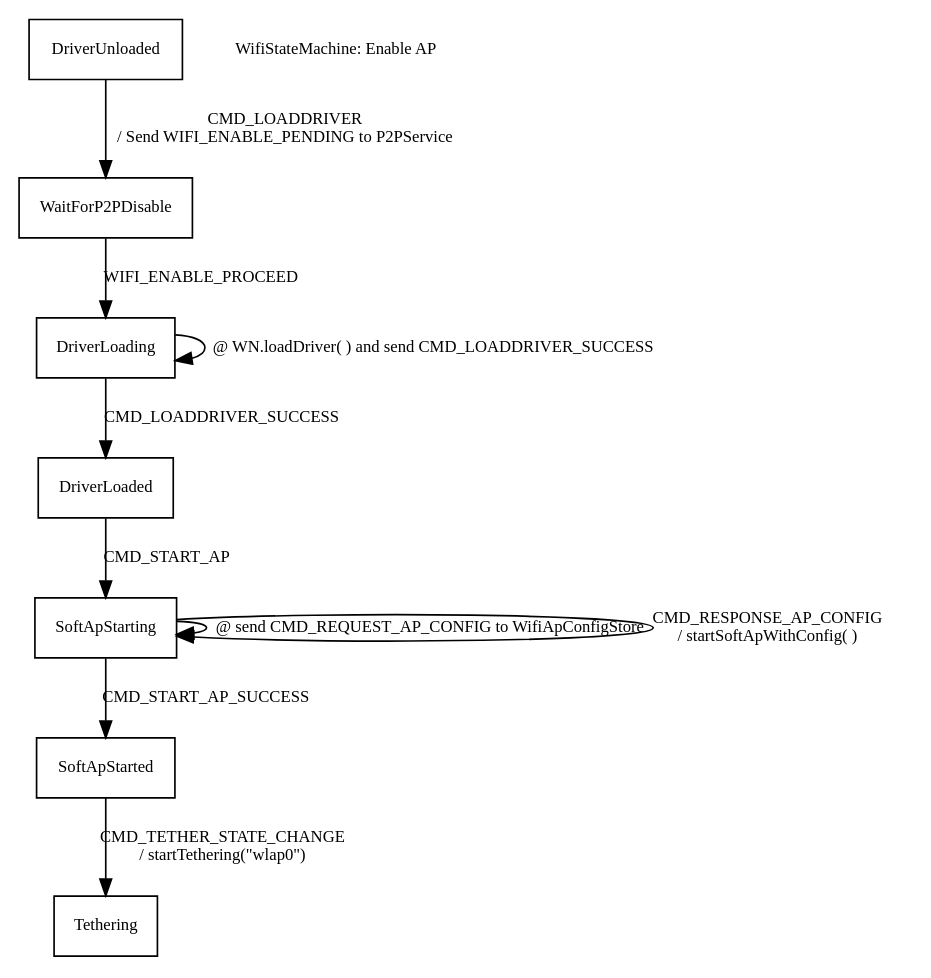
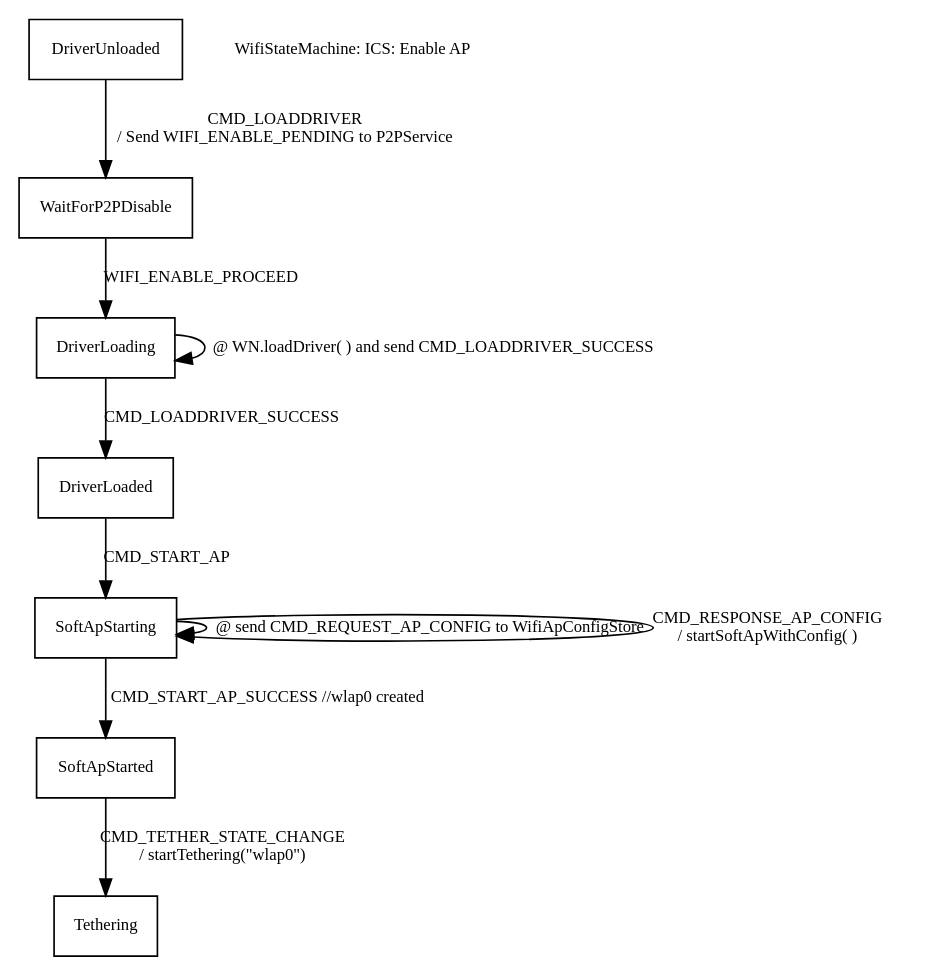
The diagram in SM_EnableAP.dot (greatgauss/graphviz_script), drawn with Graphviz before and after one commit. The commit also changed 4 other files, not shown here.

```diff
--- a/SM_EnableAP.dot
+++ b/SM_EnableAP.dot
@@ -1,18 +1,18 @@
 
 digraph automata_0 {
 	size = "8.5, 11";
 	fontname = "Microsoft YaHei";
 	fontsize = 15;
 	node [shape = record, fontname = "Microsoft YaHei", fontsize = 10];
 	edge [fontname = "Microsoft YaHei", fontsize = 10];
 	DriverUnloaded   -> WaitForP2PDisable[ label = "CMD_LOADDRIVER\n / Send WIFI_ENABLE_PENDING to P2PService " ];
 	WaitForP2PDisable-> DriverLoading [ label = "WIFI_ENABLE_PROCEED " ];
 	DriverLoading  -> DriverLoading [ label = " @ WN.loadDriver( ) and send CMD_LOADDRIVER_SUCCESS " ];
 	DriverLoading  -> DriverLoaded [ label = " CMD_LOADDRIVER_SUCCESS " ];
 	DriverLoaded-> SoftApStarting [ label = "CMD_START_AP" ];
 	SoftApStarting -> SoftApStarting [ label = " @ send CMD_REQUEST_AP_CONFIG to WifiApConfigStore " ];
 	SoftApStarting -> SoftApStarting [ label = "CMD_RESPONSE_AP_CONFIG \n / startSoftApWithConfig( ) " ];
-	SoftApStarting -> SoftApStarted [ label = "CMD_START_AP_SUCCESS " ];
+	SoftApStarting -> SoftApStarted [ label = "CMD_START_AP_SUCCESS //wlap0 created " ];
 	SoftApStarted -> Tethering[ label = "CMD_TETHER_STATE_CHANGE \n / startTethering(\"wlap0\") " ];
-	"WifiStateMachine: Enable AP" [ shape = plaintext ];
+	"WifiStateMachine: ICS: Enable AP" [ shape = plaintext ];
 }
```
